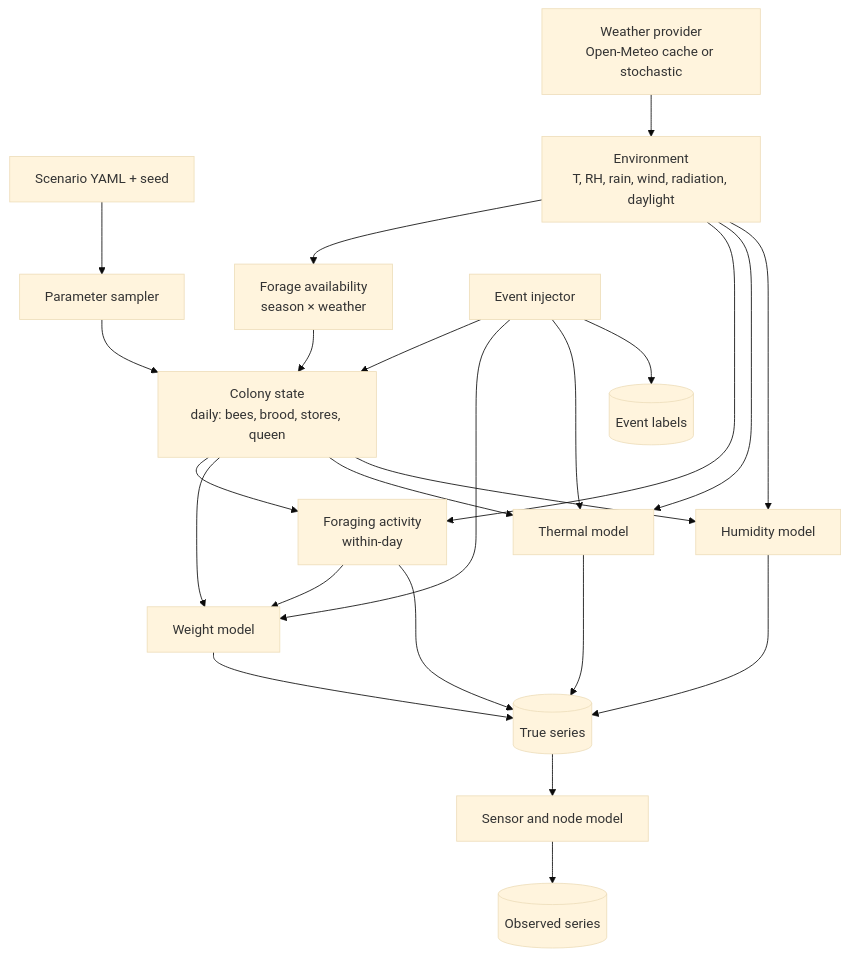
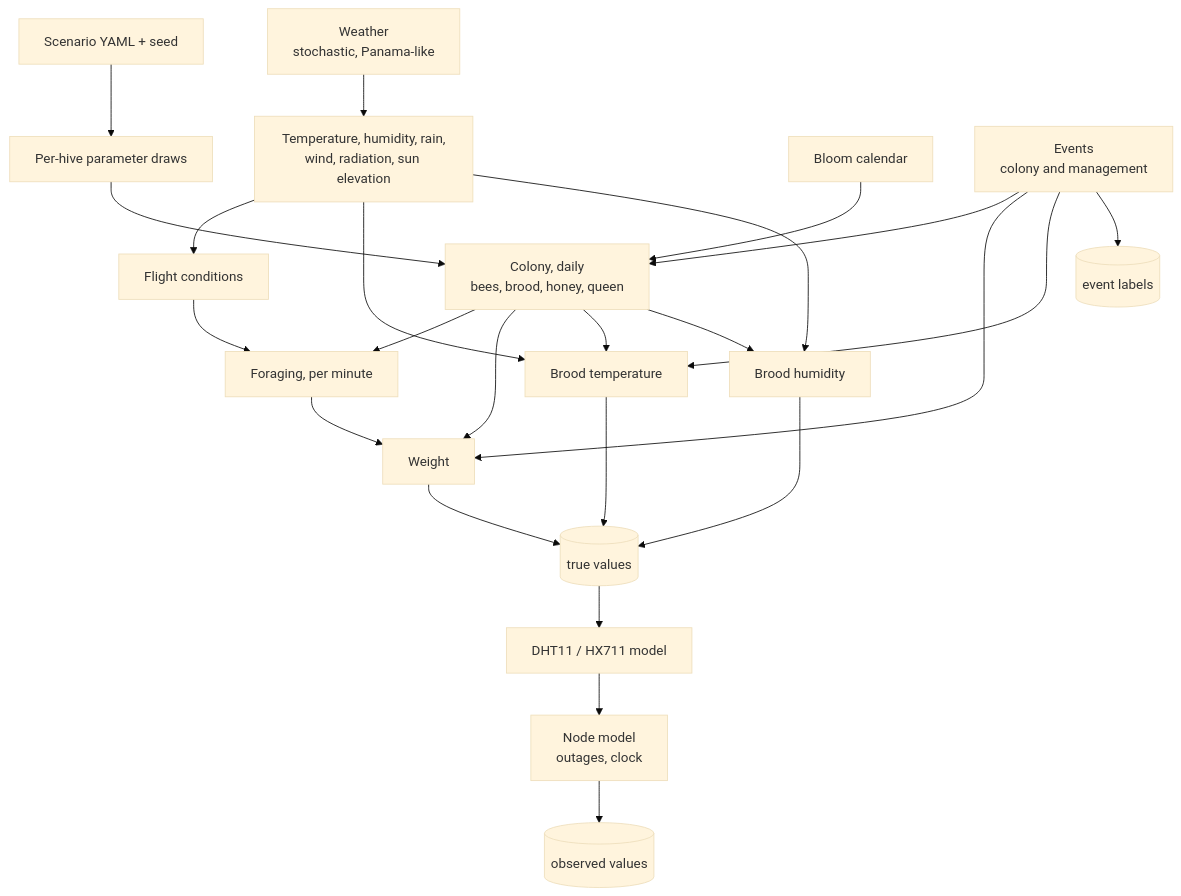
The diagram in docs/04-data/02-hive-telemetry-simulator.md (endlessconflict/SmartHive), drawn with Mermaid (base theme) before and after one commit. The commit also changed other lines of this file and 20 other files, not shown here.

````diff
--- a/docs/04-data/02-hive-telemetry-simulator.md
+++ b/docs/04-data/02-hive-telemetry-simulator.md
@@ -34,26 +44,26 @@
 ```mermaid
 flowchart TB
-    CFG[Scenario YAML + seed] --> P[Parameter sampler]
-    WX[Weather provider<br/>Open-Meteo cache or stochastic] --> ENV[Environment<br/>T, RH, rain, wind, radiation, daylight]
-    P --> COL
-    ENV --> FOR[Forage availability<br/>season × weather]
-    FOR --> COL[Colony state<br/>daily: bees, brood, stores, queen]
-    COL --> ACT[Foraging activity<br/>within-day]
-    ENV --> ACT
-    ACT --> WT[Weight model]
+    CFG[Scenario YAML + seed] --> P[Per-hive parameter draws]
+    WX[Weather<br/>stochastic, Panama-like] --> ENV[Temperature, humidity, rain,<br/>wind, radiation, sun elevation]
+    ENV --> FLY[Flight conditions]
+    BL[Bloom calendar] --> COL
+    P --> COL[Colony, daily<br/>bees, brood, honey, queen]
+    COL --> ACT[Foraging, per minute]
+    FLY --> ACT
+    ACT --> WT[Weight]
     COL --> WT
-    COL --> TH[Thermal model]
+    COL --> TH[Brood temperature]
     ENV --> TH
-    COL --> HU[Humidity model]
+    COL --> HU[Brood humidity]
     ENV --> HU
-    EV[Event injector] --> COL
+    EV[Events<br/>colony and management] --> COL
     EV --> WT
     EV --> TH
-    WT --> TRUE[(True series)]
+    WT --> TRUE[(true values)]
     TH --> TRUE
     HU --> TRUE
-    ACT --> TRUE
-    TRUE --> SENS[Sensor and node model]
-    SENS --> OBS[(Observed series)]
-    EV --> LAB[(Event labels)]
+    TRUE --> SENS[DHT11 / HX711 model]
+    SENS --> NODE[Node model<br/>outages, clock]
+    NODE --> OBS[(observed values)]
+    EV --> LAB[(event labels)]
 ```
````
